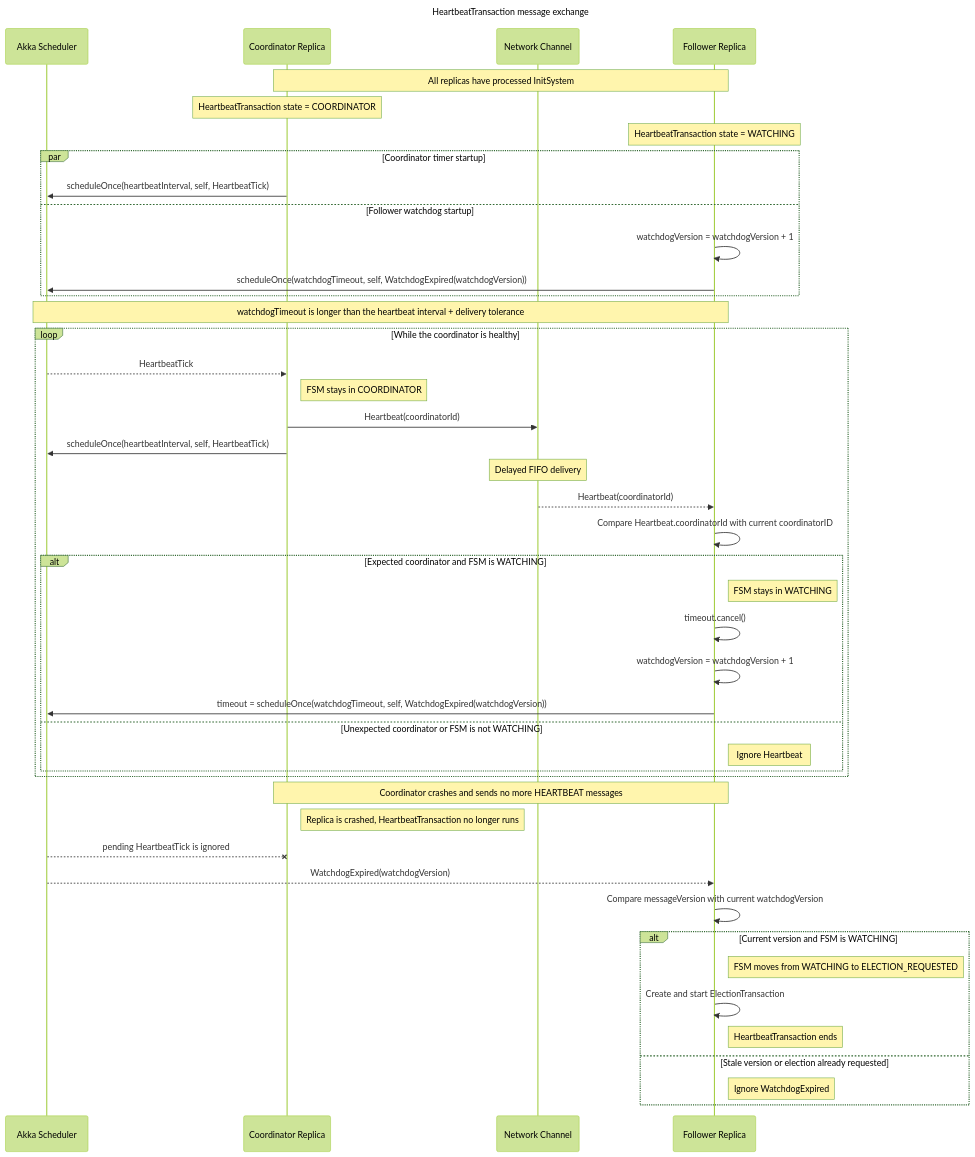
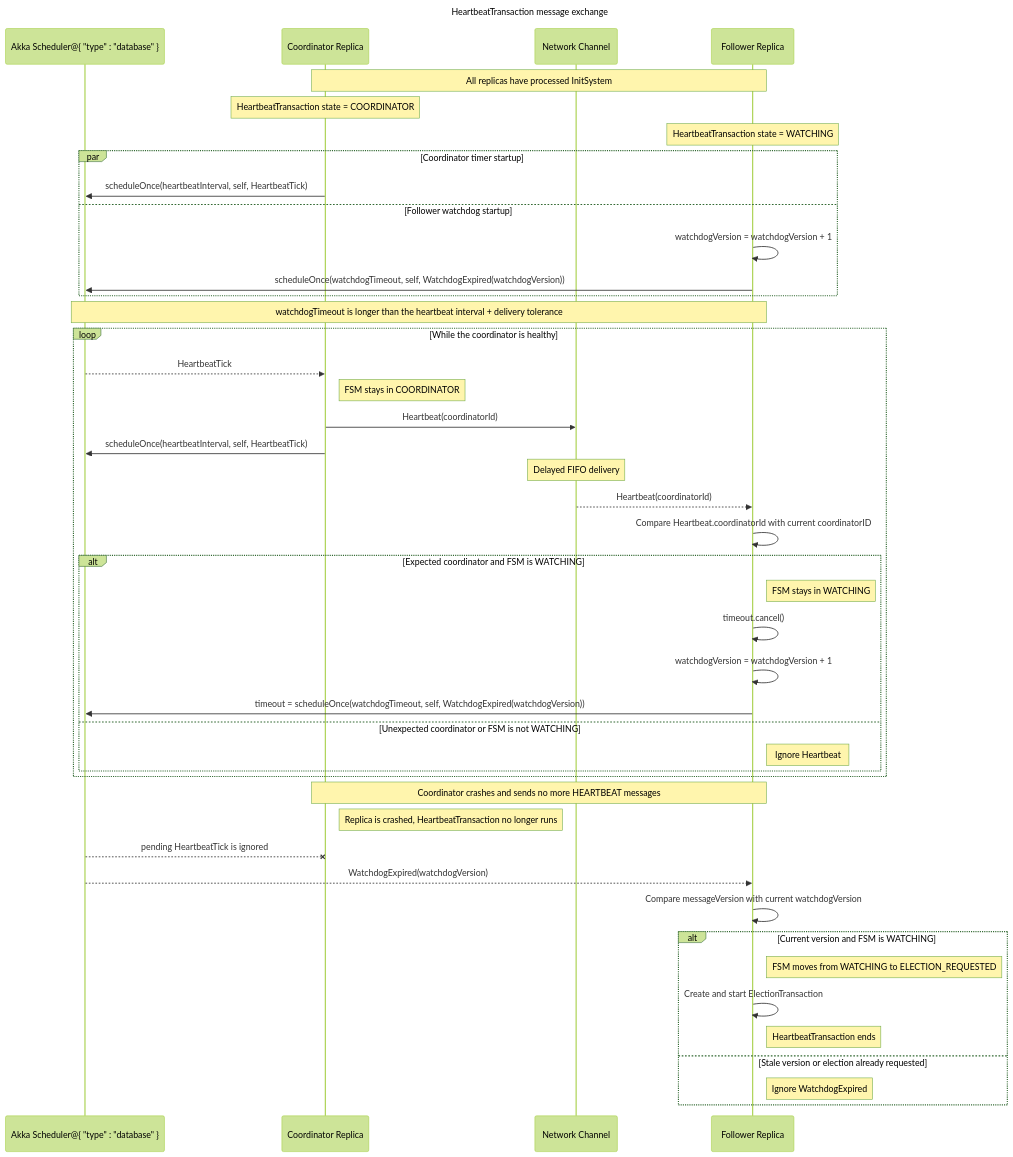
One commit to alanmasu/CoreDump_DS_Project changed the diagram in charts/TransactionHeartbeatSequence.mmd. Above: the diagram before and after it, drawn with Mermaid.

```diff
--- a/charts/TransactionHeartbeatSequence.mmd
+++ b/charts/TransactionHeartbeatSequence.mmd
@@ -1,121 +1,122 @@
 ---
 title: HeartbeatTransaction message exchange
 config:
     theme: forest
 ---
 
 sequenceDiagram
 
     %% HeartbeatTransaction is a normal Java object owned by Replica, not an
     %% Akka actor with its own mailbox. For that reason, the diagram shows the
     %% Replica actors as participants and describes transaction states in notes.
 
     %% S is the ActorSystem scheduler. C is the current coordinator actor.
     %% N represents the latency-aware FIFO NetworkChannel between C and one
     %% representative follower F. A real broadcast uses one channel per target.
-    participant S as Akka Scheduler
+    participant S as Akka Scheduler@{ "type" : "database" }
+
     participant C as Coordinator Replica
     participant N as Network Channel
     participant F as Follower Replica
 
     %% Master and InitSystem are intentionally outside this diagram's scope.
     %% Heartbeat timers start only after each Replica has processed InitSystem
     %% and knows both the group membership and current coordinator ID.
     Note over C,F: All replicas have processed InitSystem
 
     %% These notes connect the message exchange to TransactionHeartbeatFSM.mmd.
     %% One HeartbeatTransaction is active per Replica for one coordinator term.
     Note over C: HeartbeatTransaction state = COORDINATOR
     Note over F: HeartbeatTransaction state = WATCHING
 
     %% The two startup operations are independent, so their execution order is
     %% not important. scheduleOnce is an Akka Scheduler API call, not a network
     %% protocol message. "self" means the scheduling Replica's own ActorRef.
     %% The full Java call will also supply a dispatcher and sender ActorRef.
     par Coordinator timer startup
         C ->> S: scheduleOnce(heartbeatInterval, self, HeartbeatTick)
     and Follower watchdog startup
         %% watchdogVersion is local to F and starts at 0. Every newly armed
         %% watchdog increments it before placing that value in WatchdogExpired.
         %% The value never travels through NetworkChannel or to another Replica.
         F ->> F: watchdogVersion = watchdogVersion + 1
         F ->> S: scheduleOnce(watchdogTimeout, self, WatchdogExpired(watchdogVersion))
     end
 
     %% Akka is not a real-time system, so startup call order alone cannot ensure
     %% that HEARTBEAT arrives before WatchdogExpired. The watchdog duration must
     %% leave room for the heartbeat interval, channel latency, and scheduling
     %% tolerance. The exact timeout formula will be defined in one Java helper.
     Note over S,F: watchdogTimeout is longer than the heartbeat interval + delivery tolerance
 
     %% We use recursive one-shot scheduling rather than a repeating fixed-rate
     %% task: handling one HeartbeatTick sends HEARTBEAT and schedules the next
     %% HeartbeatTick. This makes timer ownership and cancellation explicit.
     loop While the coordinator is healthy
         %% -->> represents delayed/asynchronous delivery into C's actor mailbox.
         %% HeartbeatTick is internal; it is never broadcast to followers.
         S -->> C: HeartbeatTick
         Note right of C: FSM stays in COORDINATOR
 
         %% Heartbeat contains the ID of the Replica that sent it.
         C ->> N: Heartbeat(coordinatorId)
         C ->> S: scheduleOnce(heartbeatInterval, self, HeartbeatTick)
 
         %% NetworkChannel delays the message and delivers it asynchronously.
         Note over N: Delayed FIFO delivery
         N -->> F: Heartbeat(coordinatorId)
 
         %% The follower validates the sender before resetting its watchdog.
         F ->> F: Compare Heartbeat.coordinatorId with current coordinatorID
 
         alt Expected coordinator and FSM is WATCHING
             %% An accepted heartbeat proves that the coordinator is alive.
             Note right of F: FSM stays in WATCHING
 
             %% cancel() is a local call, not a message to the Scheduler.
             F ->> F: timeout.cancel()
 
             %% Create a new watchdog with a newer version.
             F ->> F: watchdogVersion = watchdogVersion + 1
             F ->> S: timeout = scheduleOnce(watchdogTimeout, self, WatchdogExpired(watchdogVersion))
         else Unexpected coordinator or FSM is not WATCHING
             %% Invalid or irrelevant heartbeats cannot reset the watchdog.
             Note right of F: Ignore Heartbeat
         end
     end
 
 
     %% The healthy loop ends when the coordinator crashes. No HEARTBEAT arrow
     %% is drawn here because a crashed coordinator sends nothing.
     Note over C,F: Coordinator crashes and sends no more HEARTBEAT messages
 
     %% The crashed coordinator cannot cancel its timer or perform another state
     %% transition. A HeartbeatTick that was scheduled before the crash may still
     %% be sent, but the crashed Replica ignores it and broadcasts no HEARTBEAT.
     Note right of C: Replica is crashed, HeartbeatTransaction no longer runs
     S --x C: pending HeartbeatTick is ignored
 
     %% Since no valid HEARTBEAT resets the follower's watchdog, Akka
     %% eventually delivers the WatchdogExpired object created by scheduleOnce().
     S -->> F: WatchdogExpired(watchdogVersion)
     F ->> F: Compare messageVersion with current watchdogVersion
 
     %% The version check distinguishes the active watchdog from a cancelled
     %% watchdog message that reached the mailbox too late to be removed.
     alt Current version and FSM is WATCHING
         %% Changing state first prevents later timeout messages from starting
         %% additional elections.
         Note right of F: FSM moves from WATCHING to ELECTION_REQUESTED
 
         %% ElectionTransaction is a normal Java object owned by the same Replica,
         %% so this self-arrow represents an internal constructor/start call.
         F ->> F: Create and start ElectionTransaction
 
         %% The heartbeat transaction belonged to the failed coordinator term.
         %% ElectionTransaction now owns the recovery process, so this instance ends.
         Note right of F: HeartbeatTransaction ends
     else Stale version or election already requested
         %% Either the watchdog was reset by a newer HEARTBEAT, or another valid
         %% timeout has already started an election. No action should be repeated.
         Note right of F: Ignore WatchdogExpired
     end
```
